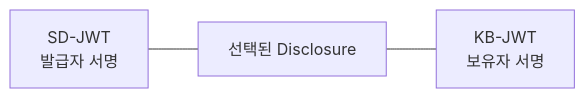
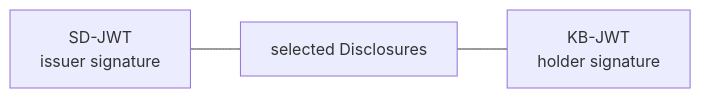
Before and after one commit to OmniOneID/poc-oid4vc: the second of 4 diagrams in docs/concepts/sdjwt/sdjwt_presentation_and_verification.md, drawn with Mermaid. The commit also changed other lines of this file and 29 other files, not shown here.

````diff
--- a/docs/concepts/sdjwt/sdjwt_presentation_and_verification.md
+++ b/docs/concepts/sdjwt/sdjwt_presentation_and_verification.md
@@ -101,4 +101,4 @@
 ```mermaid
 flowchart LR
-    A[SD-JWT<br/>발급자 서명] --- B[선택된 Disclosure] --- C[KB-JWT<br/>보유자 서명]
+    A[SD-JWT<br/>issuer signature] --- B[selected Disclosures] --- C[KB-JWT<br/>holder signature]
 ```
````
